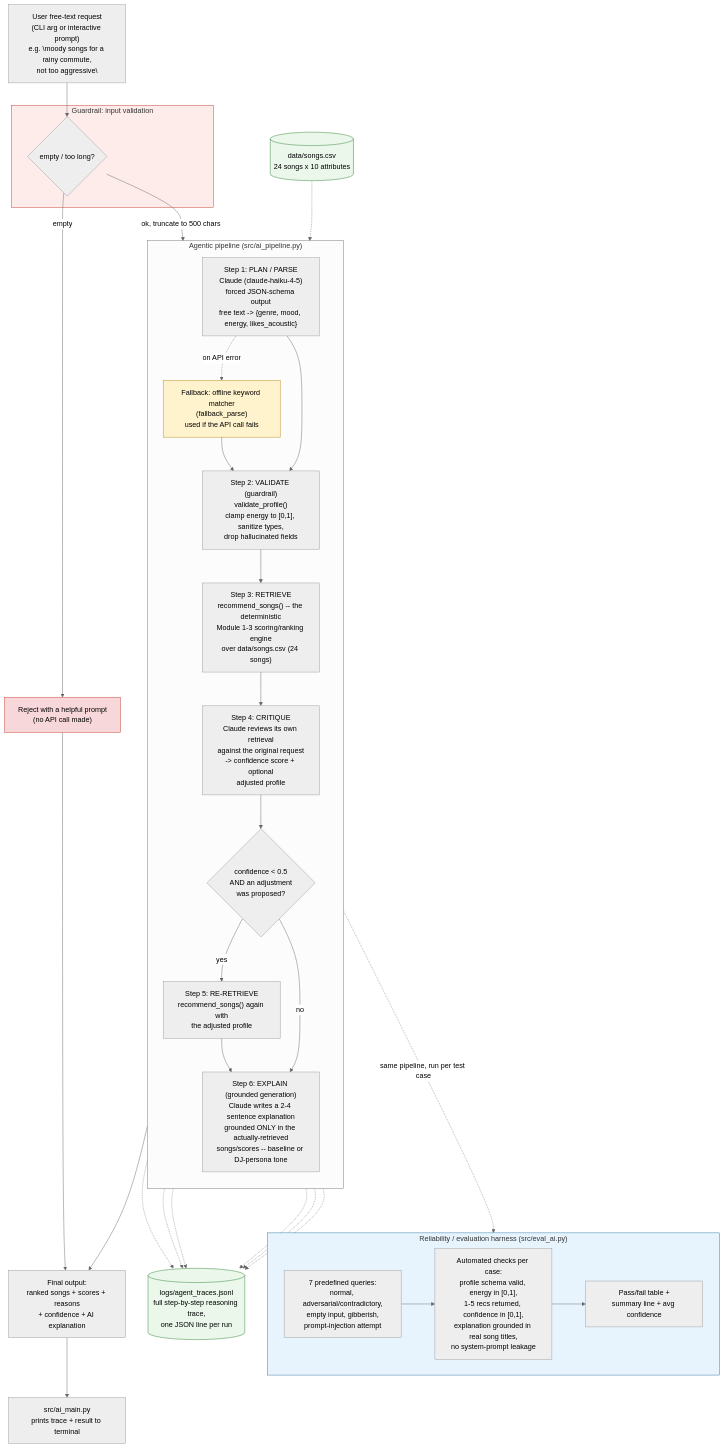
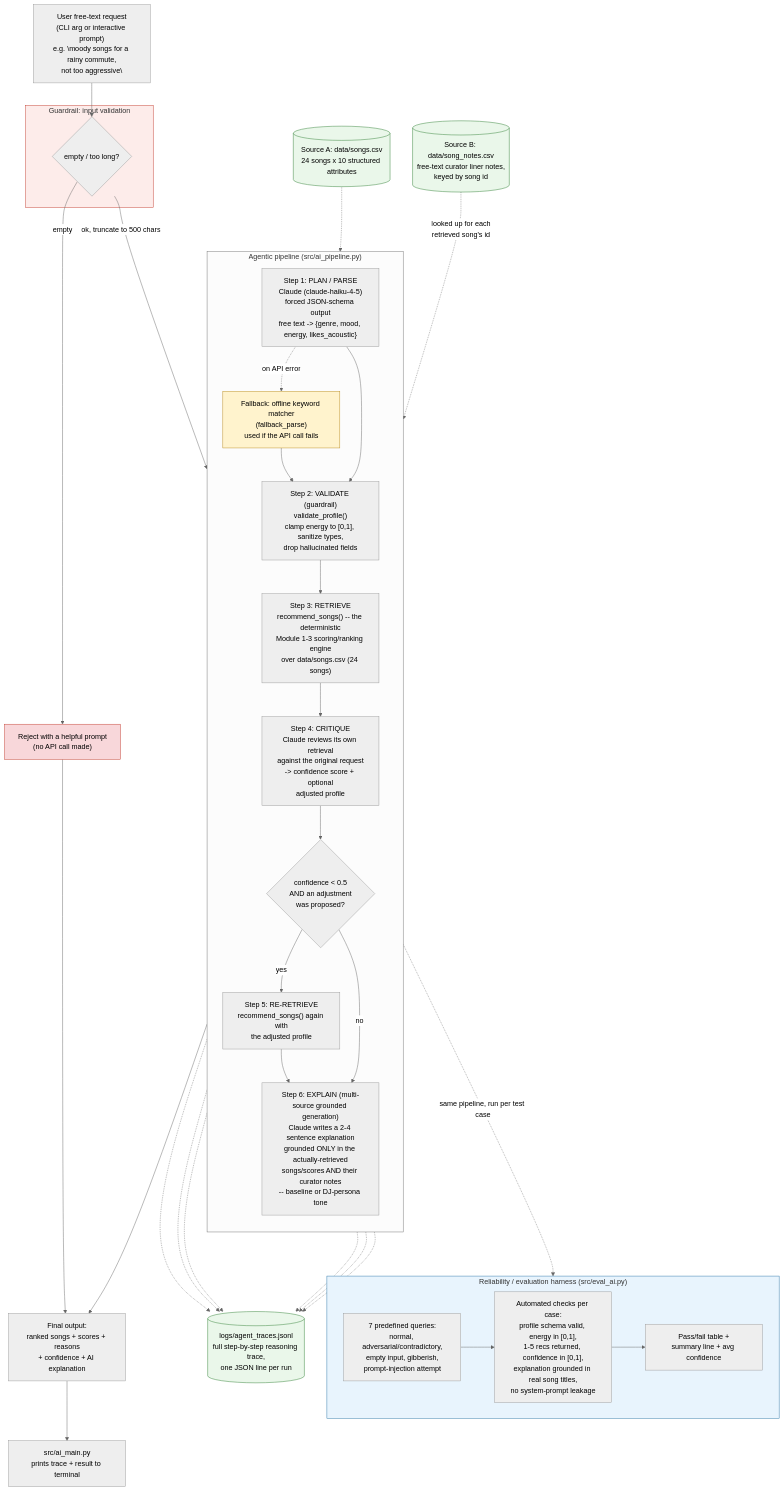
The diagram in diagrams/architecture.mmd (shekinahokunbo/applied-ai-music-recommender), drawn with Mermaid before and after one commit. The commit also changed 7 other files, not shown here.

First line of the commit message:
Add multi-source RAG: curator liner notes as a second retrieval source

```diff
--- a/diagrams/architecture.mmd
+++ b/diagrams/architecture.mmd
@@ -1,69 +1,72 @@
 %%{init: {'theme': 'neutral'}}%%
 flowchart TD
     U["User free-text request\n(CLI arg or interactive prompt)\ne.g. \"moody songs for a rainy commute,\nnot too aggressive\""]
 
     subgraph GUARD1["Guardrail: input validation"]
         V1{"empty / too long?"}
     end
 
     U --> V1
     V1 -- "empty" --> REJECT["Reject with a helpful prompt\n(no API call made)"]
     V1 -- "ok, truncate to 500 chars" --> PARSE
 
     subgraph AGENT["Agentic pipeline (src/ai_pipeline.py)"]
         direction TB
 
         PARSE["Step 1: PLAN / PARSE\nClaude (claude-haiku-4-5)\nforced JSON-schema output\nfree text -> {genre, mood, energy, likes_acoustic}"]
         FALLBACK["Fallback: offline keyword matcher\n(fallback_parse)\nused if the API call fails"]
         PARSE -. "on API error" .-> FALLBACK
 
         VALIDATE["Step 2: VALIDATE (guardrail)\nvalidate_profile()\nclamp energy to [0,1], sanitize types,\ndrop hallucinated fields"]
         FALLBACK --> VALIDATE
         PARSE --> VALIDATE
 
         RETRIEVE["Step 3: RETRIEVE\nrecommend_songs() -- the deterministic\nModule 1-3 scoring/ranking engine\nover data/songs.csv (24 songs)"]
         VALIDATE --> RETRIEVE
 
         CRITIQUE["Step 4: CRITIQUE\nClaude reviews its own retrieval\nagainst the original request\n-> confidence score + optional\nadjusted profile"]
         RETRIEVE --> CRITIQUE
 
         DECIDE{"confidence < 0.5\nAND an adjustment\nwas proposed?"}
         CRITIQUE --> DECIDE
         RERETRIEVE["Step 5: RE-RETRIEVE\nrecommend_songs() again with\nthe adjusted profile"]
         DECIDE -- yes --> RERETRIEVE
         RERETRIEVE --> EXPLAIN
         DECIDE -- no --> EXPLAIN
 
-        EXPLAIN["Step 6: EXPLAIN (grounded generation)\nClaude writes a 2-4 sentence explanation\ngrounded ONLY in the actually-retrieved\nsongs/scores -- baseline or DJ-persona tone"]
+        EXPLAIN["Step 6: EXPLAIN (multi-source grounded generation)\nClaude writes a 2-4 sentence explanation\ngrounded ONLY in the actually-retrieved\nsongs/scores AND their curator notes\n-- baseline or DJ-persona tone"]
     end
 
-    CATALOG[("data/songs.csv\n24 songs x 10 attributes")]
+    CATALOG[("Source A: data/songs.csv\n24 songs x 10 structured attributes")]
+    NOTES[("Source B: data/song_notes.csv\nfree-text curator liner notes,\nkeyed by song id")]
     CATALOG -.-> RETRIEVE
+    NOTES -. "looked up for each\nretrieved song's id" .-> EXPLAIN
 
     EXPLAIN --> OUT["Final output:\nranked songs + scores + reasons\n+ confidence + AI explanation"]
     REJECT --> OUT
 
     TRACE[("logs/agent_traces.jsonl\nfull step-by-step reasoning trace,\none JSON line per run")]
     PARSE -.-> TRACE
     VALIDATE -.-> TRACE
     RETRIEVE -.-> TRACE
     CRITIQUE -.-> TRACE
     RERETRIEVE -.-> TRACE
     EXPLAIN -.-> TRACE
 
     OUT --> CLI["src/ai_main.py\nprints trace + result to terminal"]
 
     subgraph EVAL["Reliability / evaluation harness (src/eval_ai.py)"]
         E1["7 predefined queries:\nnormal, adversarial/contradictory,\nempty input, gibberish,\nprompt-injection attempt"]
         E2["Automated checks per case:\nprofile schema valid, energy in [0,1],\n1-5 recs returned, confidence in [0,1],\nexplanation grounded in real song titles,\nno system-prompt leakage"]
         E3["Pass/fail table +\nsummary line + avg confidence"]
         E1 --> E2 --> E3
     end
     AGENT -. "same pipeline, run per test case" .-> EVAL
 
     style REJECT fill:#f8d7da,stroke:#c0392b
     style FALLBACK fill:#fff3cd,stroke:#b7891c
     style GUARD1 fill:#fdecea,stroke:#c0392b
     style EVAL fill:#e8f4fd,stroke:#2874a6
     style CATALOG fill:#eaf7ea,stroke:#2e7d32
+    style NOTES fill:#eaf7ea,stroke:#2e7d32
     style TRACE fill:#eaf7ea,stroke:#2e7d32
```
